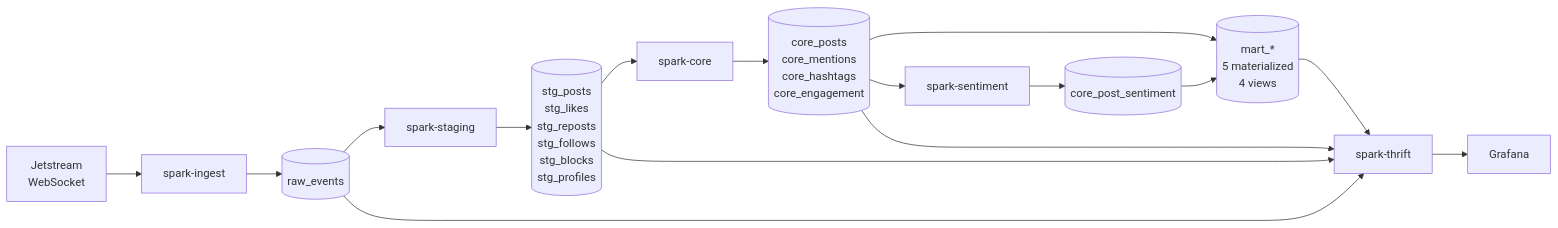
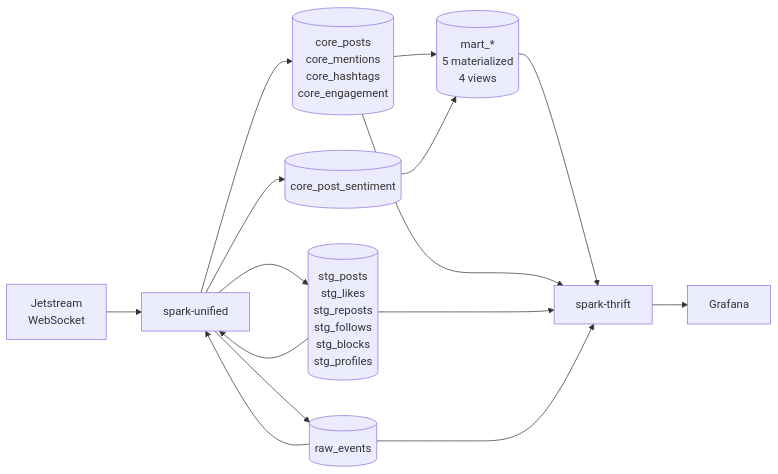
Before and after one commit to joshlizana/atomosphere: the second of 4 diagrams in docs/TDD.md, drawn with Mermaid. The commit also changed other lines of this file and 8 other files, not shown here.

First line of the commit message:
Update all documentation for unified architecture (4 containers → 1)

````diff
--- a/docs/TDD.md
+++ b/docs/TDD.md
@@ -143,14 +142,13 @@
 ```mermaid
 flowchart LR
-    WS[Jetstream\nWebSocket] --> SI[spark-ingest]
-    SI --> RAW[(raw_events)]
-    RAW --> SS[spark-staging]
-    SS --> STG[(stg_posts\nstg_likes\nstg_reposts\nstg_follows\nstg_blocks\nstg_profiles)]
-    STG --> SC[spark-core]
-    SC --> CORE[(core_posts\ncore_mentions\ncore_hashtags\ncore_engagement)]
-    CORE --> SM[spark-sentiment]
-    SM --> SENT[(core_post_sentiment)]
+    WS[Jetstream\nWebSocket] --> SU[spark-unified]
+    SU --> RAW[(raw_events)]
+    RAW --> SU
+    SU --> STG[(stg_posts\nstg_likes\nstg_reposts\nstg_follows\nstg_blocks\nstg_profiles)]
+    STG --> SU
+    SU --> CORE[(core_posts\ncore_mentions\ncore_hashtags\ncore_engagement)]
+    SU --> SENT[(core_post_sentiment)]
     CORE & SENT --> MART[(mart_*\n5 materialized\n4 views)]
     MART & CORE & STG & RAW --> ST[spark-thrift]
     ST --> GF[Grafana]
 ```
````
